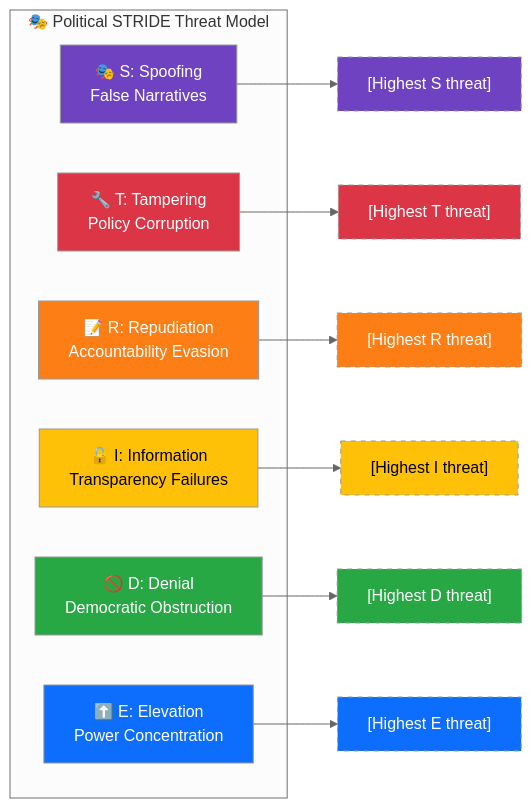
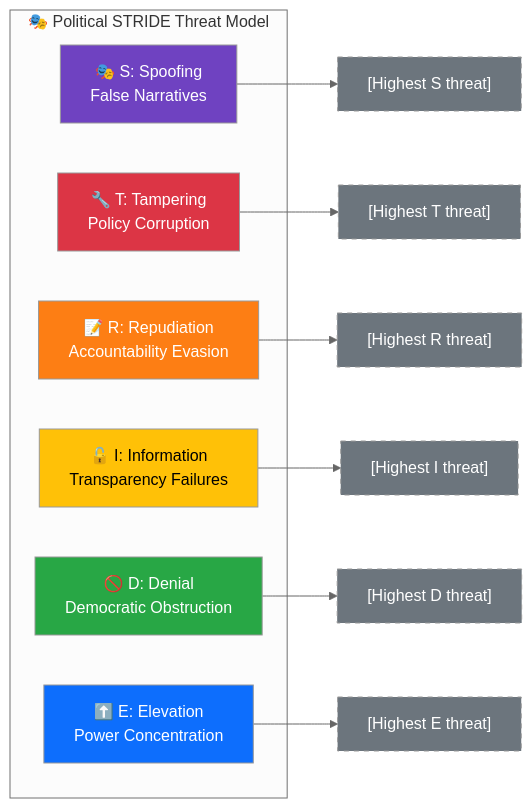
One commit to Hack23/riksdagsmonitor changed the diagram in analysis/templates/threat-analysis.md. Above: the diagram before and after it, drawn with Mermaid (neutral theme). The commit also changed 4 other files, not shown here.

First line of the commit message:
Address review round 6: fix classification diagrams, scope dedup to votes, update v1 refs

````diff
--- a/analysis/templates/threat-analysis.md
+++ b/analysis/templates/threat-analysis.md
@@ -47,31 +47,33 @@
 ```mermaid
 graph LR
     subgraph "🎭 Political STRIDE Threat Model"
         S["🎭 S: Spoofing<br/>False Narratives"]
         T["🔧 T: Tampering<br/>Policy Corruption"]
         R["📝 R: Repudiation<br/>Accountability Evasion"]
         I["🔓 I: Information<br/>Transparency Failures"]
         D["🚫 D: Denial<br/>Democratic Obstruction"]
         E["⬆️ E: Elevation<br/>Power Concentration"]
     end
 
     S --> S1["[Highest S threat]"]
     T --> T1["[Highest T threat]"]
     R --> R1["[Highest R threat]"]
     I --> I1["[Highest I threat]"]
     D --> D1["[Highest D threat]"]
     E --> E1["[Highest E threat]"]
 
     style S fill:#6f42c1,color:#fff
     style T fill:#dc3545,color:#fff
     style R fill:#fd7e14,color:#fff
     style I fill:#ffc107,color:#000
     style D fill:#28a745,color:#fff
     style E fill:#0d6efd,color:#fff
-    style S1 fill:#6f42c1,color:#fff,stroke-dasharray: 5 5
-    style T1 fill:#dc3545,color:#fff,stroke-dasharray: 5 5
-    style R1 fill:#fd7e14,color:#fff,stroke-dasharray: 5 5
-    style I1 fill:#ffc107,color:#000,stroke-dasharray: 5 5
-    style D1 fill:#28a745,color:#fff,stroke-dasharray: 5 5
-    style E1 fill:#0d6efd,color:#fff,stroke-dasharray: 5 5
+    %% Threat instance nodes: set fill color by severity (see palette above)
+    %% 🔴 #dc3545 = Severe/Major, 🟠 #fd7e14 = Moderate, 🟡 #ffc107 = Minor, 🟢 #28a745 = Negligible
+    style S1 fill:#6c757d,color:#fff,stroke-dasharray: 5 5
+    style T1 fill:#6c757d,color:#fff,stroke-dasharray: 5 5
+    style R1 fill:#6c757d,color:#fff,stroke-dasharray: 5 5
+    style I1 fill:#6c757d,color:#fff,stroke-dasharray: 5 5
+    style D1 fill:#6c757d,color:#fff,stroke-dasharray: 5 5
+    style E1 fill:#6c757d,color:#fff,stroke-dasharray: 5 5
 ```
````
